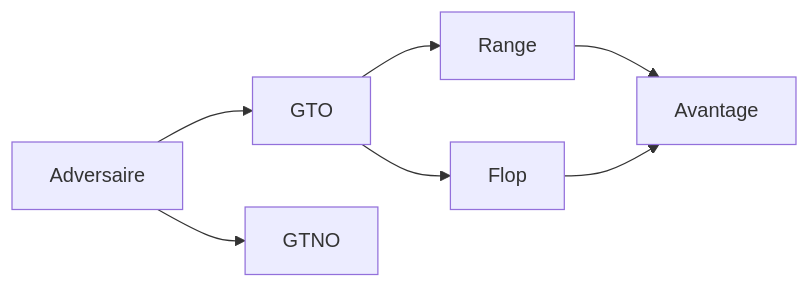
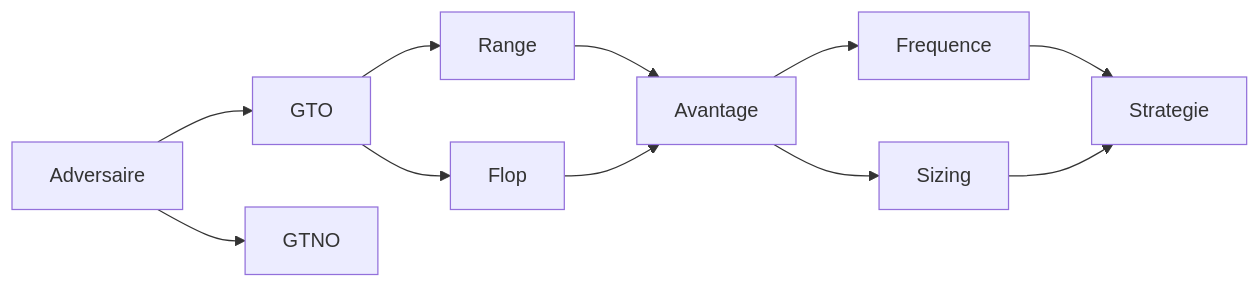
The diagram in _posts/2020-01-01-test.md (greglejeune/blog), drawn with Mermaid before and after one commit. The commit also changed other lines of this file, not shown here.

```diff
--- a/_posts/2020-01-01-test.md
+++ b/_posts/2020-01-01-test.md
@@ -16,9 +16,13 @@
     <div class="mermaid">
         graph LR
             Adversaire --> GTO
             Adversaire --> GTNO
             GTO --> Range
             GTO --> Flop
             Range --> Avantage
-            Flop --> Avantage;
+            Flop --> Avantage
+            Avantage --> Frequence
+            Avantage --> Sizing
+            Frequence --> Strategie
+            Sizing --> Strategie;
     </div>
```
